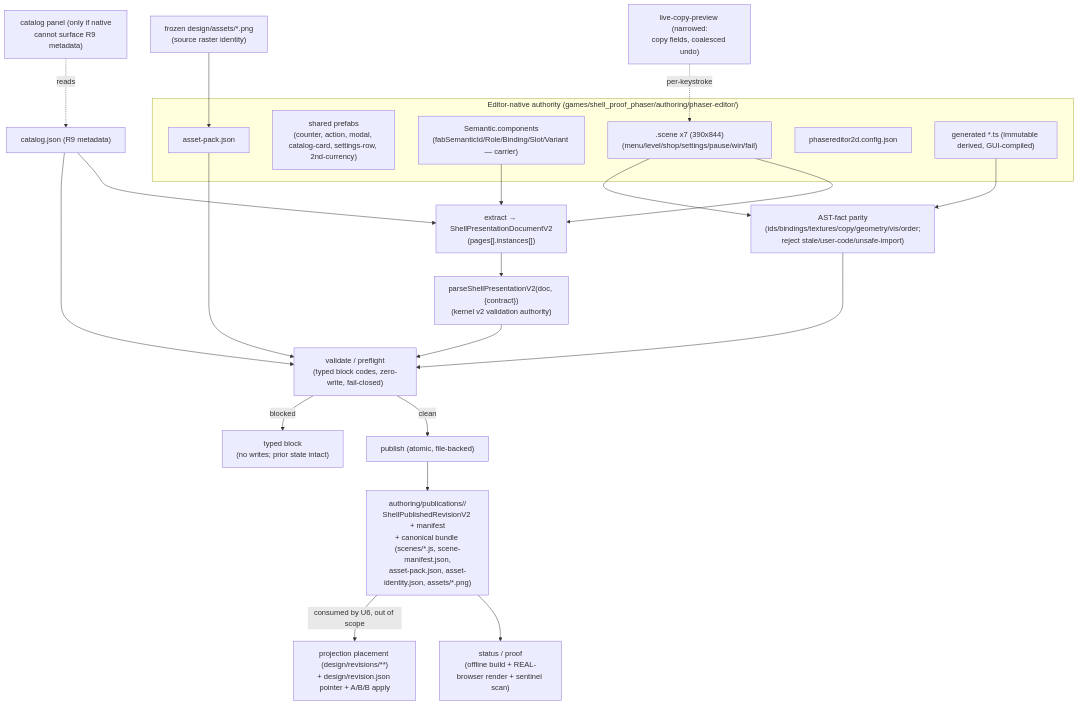
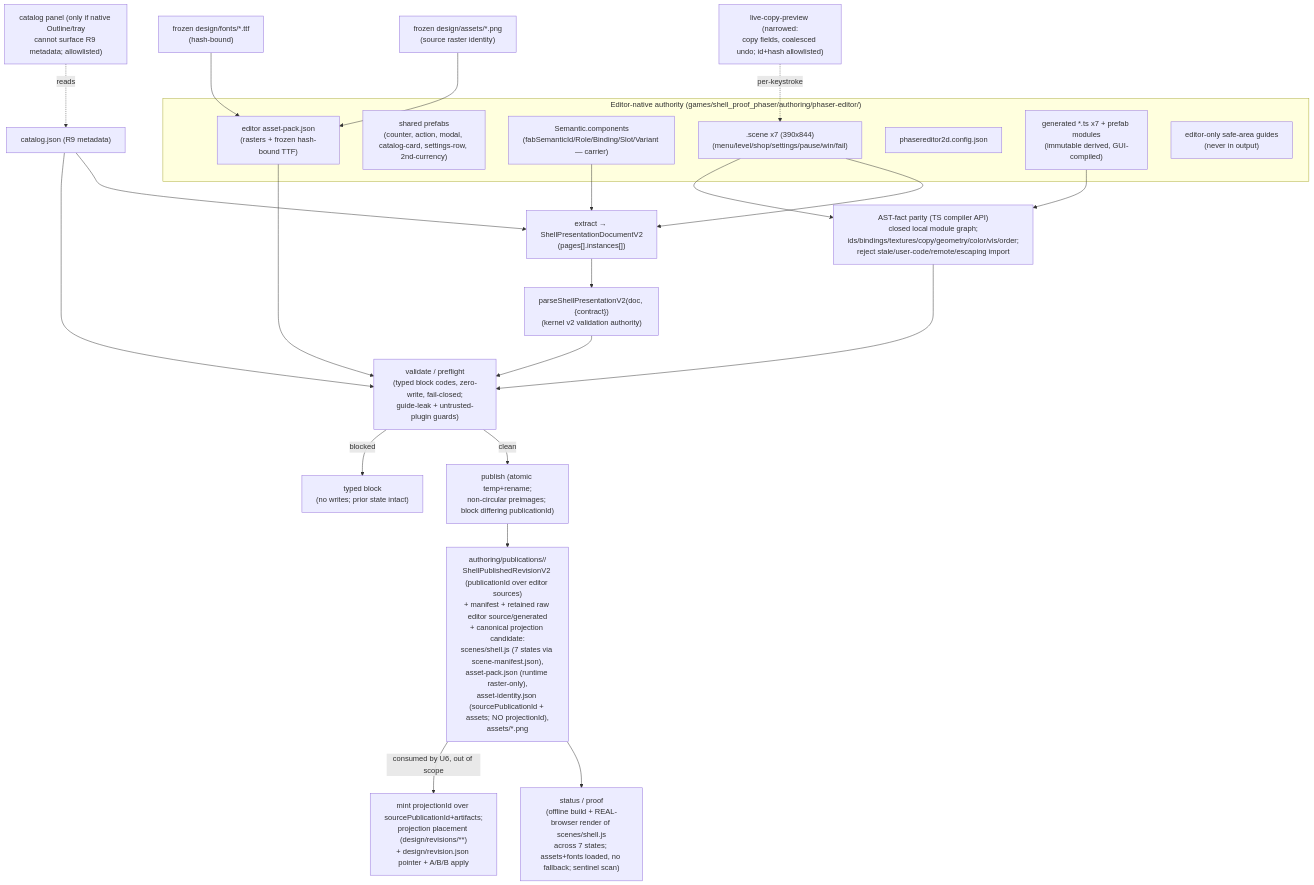
The diagram in docs/plans/2026-07-12-001-feat-dual-u5-phaser-authoring-publisher-plan.md (batu/fabrikav2), drawn with Mermaid before and after one commit. The commit also changed other lines of this file, not shown here.

First line of the commit message:
docs(plan): amend U5 plan to rev-3 per acceptance-review gate

````diff
--- a/docs/plans/2026-07-12-001-feat-dual-u5-phaser-authoring-publisher-plan.md
+++ b/docs/plans/2026-07-12-001-feat-dual-u5-phaser-authoring-publisher-plan.md
@@ -134,30 +163,32 @@
 ```mermaid
 flowchart TD
   subgraph Authority["Editor-native authority (games/shell_proof_phaser/authoring/phaser-editor/)"]
     Scenes[".scene x7 (390x844)\n(menu/level/shop/settings/pause/win/fail)"]
     Prefabs["shared prefabs\n(counter, action, modal, catalog-card, settings-row, 2nd-currency)"]
     Sem["Semantic.components\n(fabSemanticId/Role/Binding/Slot/Variant — carrier)"]
-    Pack["asset-pack.json"]
+    Pack["editor asset-pack.json\n(rasters + frozen hash-bound TTF)"]
     Cfg["phasereditor2d.config.json"]
-    Gen["generated *.ts (immutable derived, GUI-compiled)"]
+    Gen["generated *.ts x7 + prefab modules\n(immutable derived, GUI-compiled)"]
+    Guides["editor-only safe-area guides\n(never in output)"]
   end
-  PluginCopy["live-copy-preview (narrowed:\ncopy fields, coalesced undo)"] -.per-keystroke.-> Scenes
-  PluginTray["catalog panel (only if native\ncannot surface R9 metadata)"] -.reads.-> Catalog
+  PluginCopy["live-copy-preview (narrowed:\ncopy fields, coalesced undo; id+hash allowlisted)"] -.per-keystroke.-> Scenes
+  PluginTray["catalog panel (only if native Outline/tray\ncannot surface R9 metadata; allowlisted)"] -.reads.-> Catalog
   Catalog["catalog.json (R9 metadata)"] --> Extract
   SeedRasters["frozen design/assets/*.png\n(source raster identity)"] --> Pack
+  SeedFonts["frozen design/fonts/*.ttf\n(hash-bound)"] --> Pack
 
   Scenes --> Extract["extract → ShellPresentationDocumentV2\n(pages[].instances[])"]
   Sem --> Extract
   Extract --> KVal["parseShellPresentationV2(doc, {contract})\n(kernel v2 validation authority)"]
-  Gen --> AST["AST-fact parity\n(ids/bindings/textures/copy/geometry/vis/order;\nreject stale/user-code/unsafe-import)"]
+  Gen --> AST["AST-fact parity (TS compiler API)\nclosed local module graph;\nids/bindings/textures/copy/geometry/color/vis/order;\nreject stale/user-code/remote/escaping import"]
   Scenes --> AST
-  KVal --> Validate["validate / preflight\n(typed block codes, zero-write, fail-closed)"]
+  KVal --> Validate["validate / preflight\n(typed block codes, zero-write, fail-closed;\nguide-leak + untrusted-plugin guards)"]
   AST --> Validate
   Pack --> Validate
   Catalog --> Validate
-  Validate -->|clean| Publish["publish (atomic, file-backed)"]
+  Validate -->|clean| Publish["publish (atomic temp+rename;\nnon-circular preimages; block differing publicationId)"]
   Validate -->|blocked| Block["typed block\n(no writes; prior state intact)"]
-  Publish --> Pub["authoring/publications/<publicationId>/\nShellPublishedRevisionV2 + manifest\n+ canonical bundle (scenes/*.js, scene-manifest.json,\nasset-pack.json, asset-identity.json, assets/*.png)"]
-  Pub --> Proof["status / proof\n(offline build + REAL-browser render + sentinel scan)"]
-  Pub -->|consumed by U6, out of scope| U6["projection placement (design/revisions/**)\n+ design/revision.json pointer + A/B/B apply"]
+  Publish --> Pub["authoring/publications/<publicationId>/\nShellPublishedRevisionV2 (publicationId over editor sources)\n+ manifest + retained raw editor source/generated\n+ canonical projection candidate:\nscenes/shell.js (7 states via scene-manifest.json),\nasset-pack.json (runtime raster-only),\nasset-identity.json (sourcePublicationId + assets; NO projectionId),\nassets/*.png"]
+  Pub --> Proof["status / proof\n(offline build + REAL-browser render of scenes/shell.js\nacross 7 states; assets+fonts loaded, no fallback; sentinel scan)"]
+  Pub -->|consumed by U6, out of scope| U6["mint projectionId over sourcePublicationId+artifacts;\nprojection placement (design/revisions/**)\n+ design/revision.json pointer + A/B/B apply"]
 ```
````
